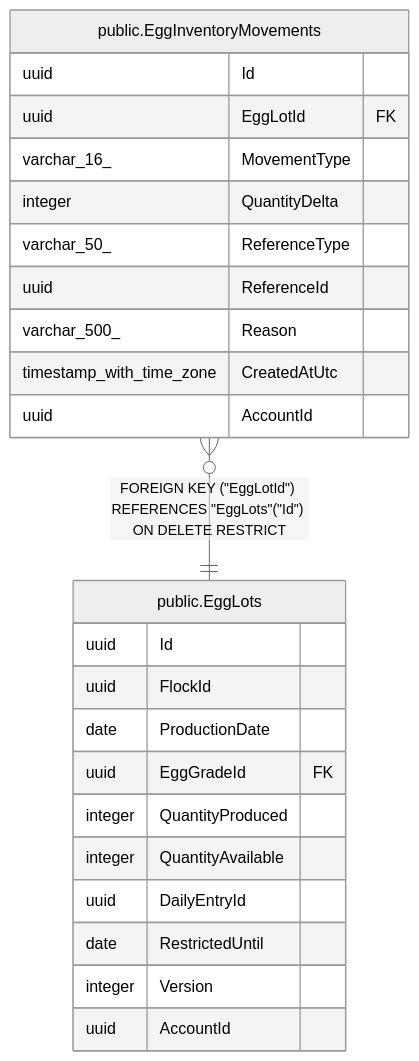
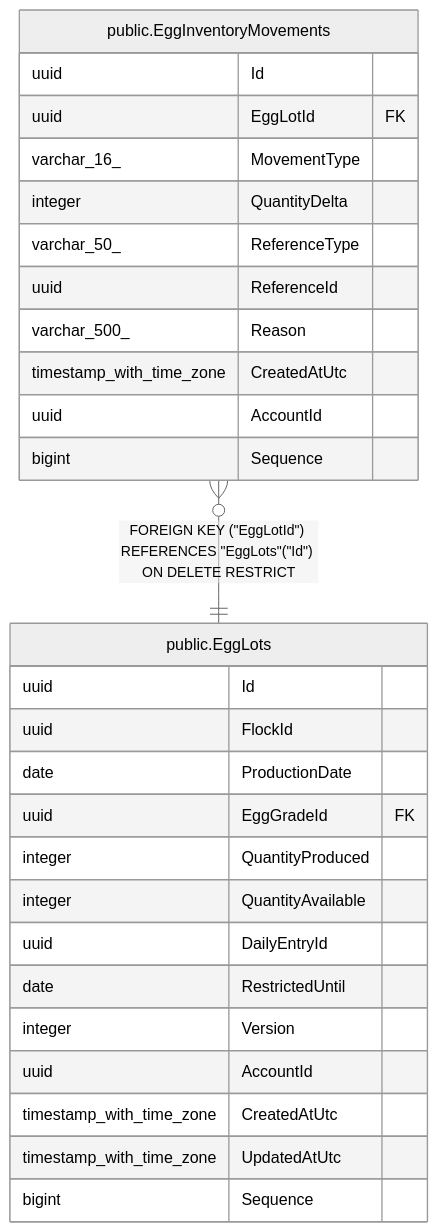
The diagram in docs/schema/public.EggInventoryMovements.md (mforce/cluckwork), drawn with Mermaid (neutral theme) before and after one commit. The commit also changed other lines of this file and 105 other files, not shown here.

````diff
--- a/docs/schema/public.EggInventoryMovements.md
+++ b/docs/schema/public.EggInventoryMovements.md
@@ -48,29 +57,33 @@
 ```mermaid
 erDiagram
 
 "public.EggInventoryMovements" }o--|| "public.EggLots" : "FOREIGN KEY (#quot;EggLotId#quot;) REFERENCES #quot;EggLots#quot;(#quot;Id#quot;) ON DELETE RESTRICT"
 
 "public.EggInventoryMovements" {
   uuid Id
   uuid EggLotId FK
   varchar_16_ MovementType
   integer QuantityDelta
   varchar_50_ ReferenceType
   uuid ReferenceId
   varchar_500_ Reason
   timestamp_with_time_zone CreatedAtUtc
   uuid AccountId
+  bigint Sequence
 }
 "public.EggLots" {
   uuid Id
   uuid FlockId
   date ProductionDate
   uuid EggGradeId FK
   integer QuantityProduced
   integer QuantityAvailable
   uuid DailyEntryId
   date RestrictedUntil
   integer Version
   uuid AccountId
+  timestamp_with_time_zone CreatedAtUtc
+  timestamp_with_time_zone UpdatedAtUtc
+  bigint Sequence
 }
 ```
````
